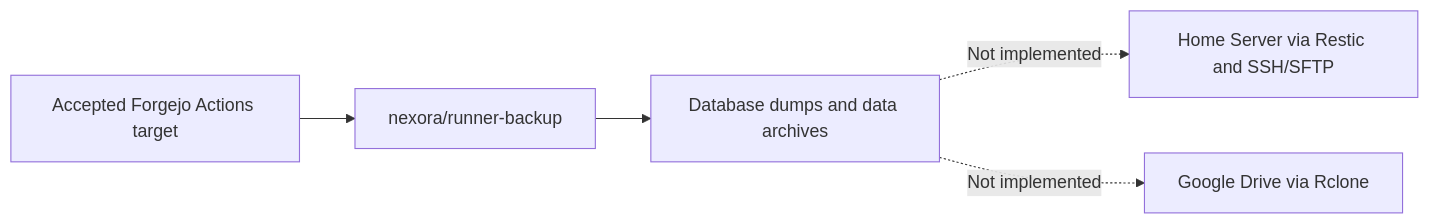
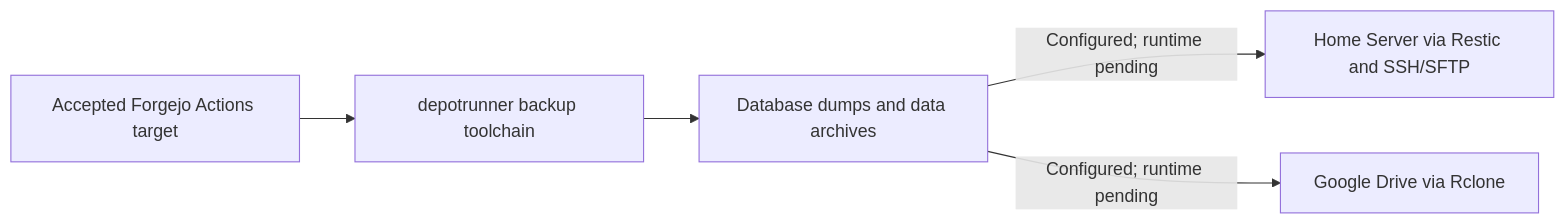
The seventh of 7 diagrams in docs/architecture/DATA-FLOW.md (yongxinL/servicehub), drawn with Mermaid before and after one commit. The commit also changed other lines of this file and 19 other files, not shown here.

First line of the commit message:
feat(backup): configure ADR-007 dual-target transfers on the shared runner

````diff
--- a/docs/architecture/DATA-FLOW.md
+++ b/docs/architecture/DATA-FLOW.md
@@ -158,7 +158,7 @@
 ```mermaid
 flowchart LR
-    W[Accepted Forgejo Actions target] --> B[nexora/runner-backup]
+    W[Accepted Forgejo Actions target] --> B[depotrunner backup toolchain]
     B --> D[Database dumps and data archives]
-    D -.->|Not implemented| H[Home Server via Restic and SSH/SFTP]
-    D -.->|Not implemented| G[Google Drive via Rclone]
+    D -->|Configured; runtime pending| H[Home Server via Restic and SSH/SFTP]
+    D -->|Configured; runtime pending| G[Google Drive via Rclone]
 ```
````
